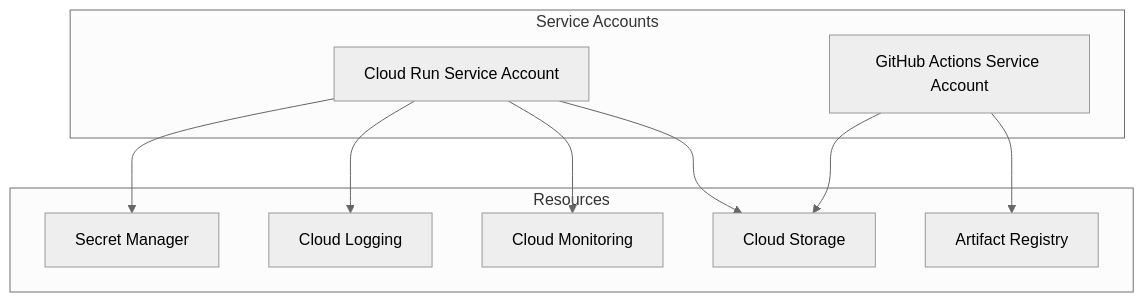
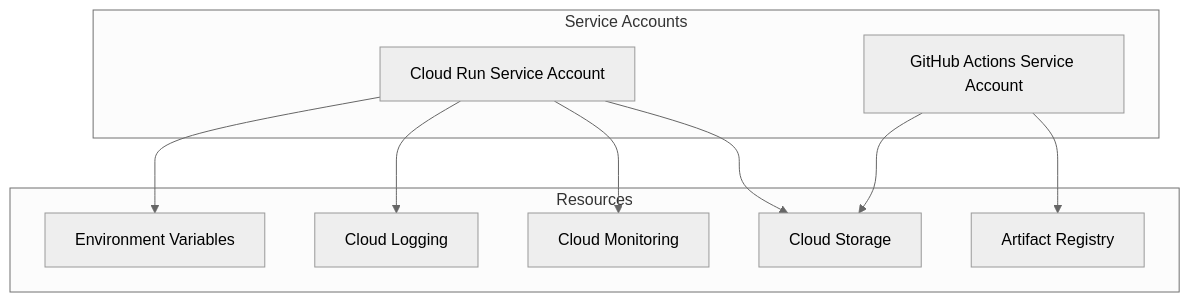
Before and after one commit to mida-hub/imgstream: the fourth of 6 diagrams in docs/ARCHITECTURE.md, drawn with Mermaid (neutral theme). The commit also changed other lines of this file, not shown here.

Commit message:
fix architecture

````diff
--- a/docs/ARCHITECTURE.md
+++ b/docs/ARCHITECTURE.md
@@ -460,23 +460,23 @@
 ```mermaid
 graph TB
     subgraph "Service Accounts"
         CR_SA[Cloud Run Service Account]
         GITHUB_SA[GitHub Actions Service Account]
     end
 
     subgraph "Resources"
         GCS[Cloud Storage]
         MONITORING[Cloud Monitoring]
         LOGGING[Cloud Logging]
-        SECRET[Secret Manager]
+        ENV[Environment Variables]
         REGISTRY[Artifact Registry]
     end
 
     CR_SA --> GCS
     CR_SA --> MONITORING
     CR_SA --> LOGGING
-    CR_SA --> SECRET
+    CR_SA --> ENV
 
     GITHUB_SA --> REGISTRY
     GITHUB_SA --> GCS
 ```
````
